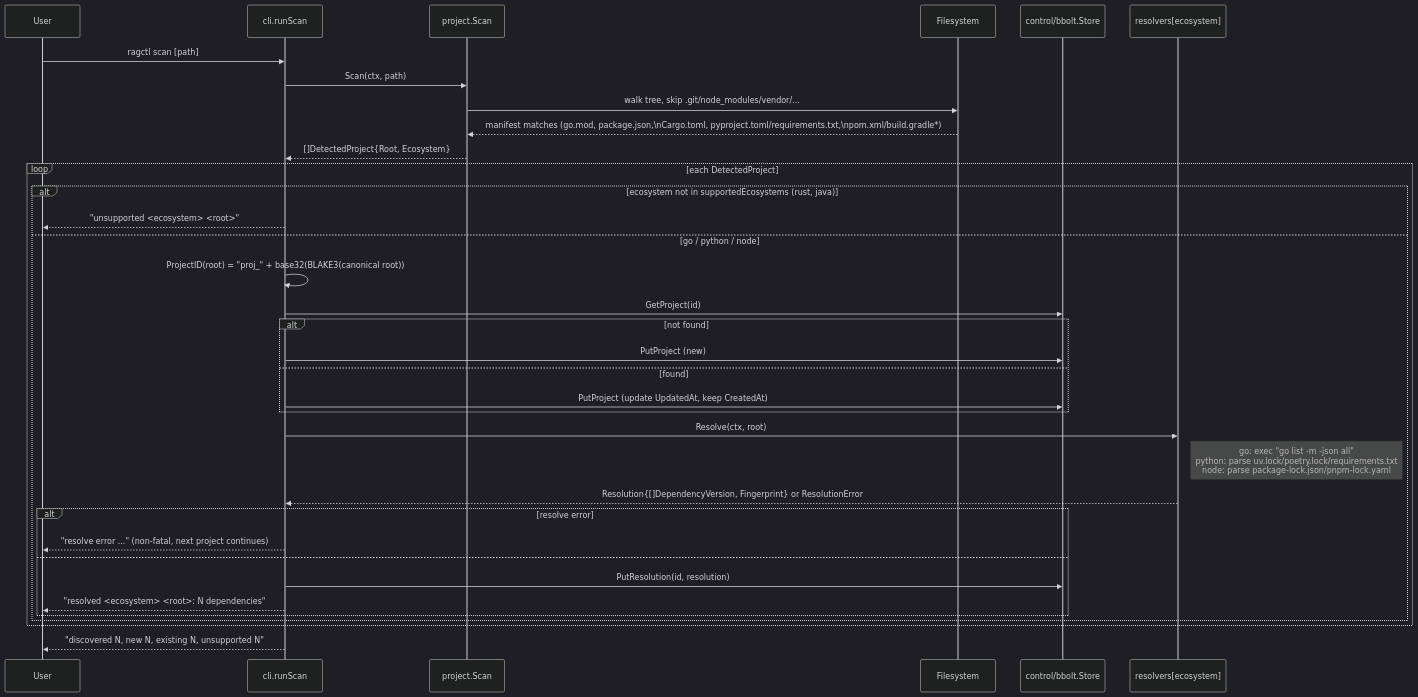
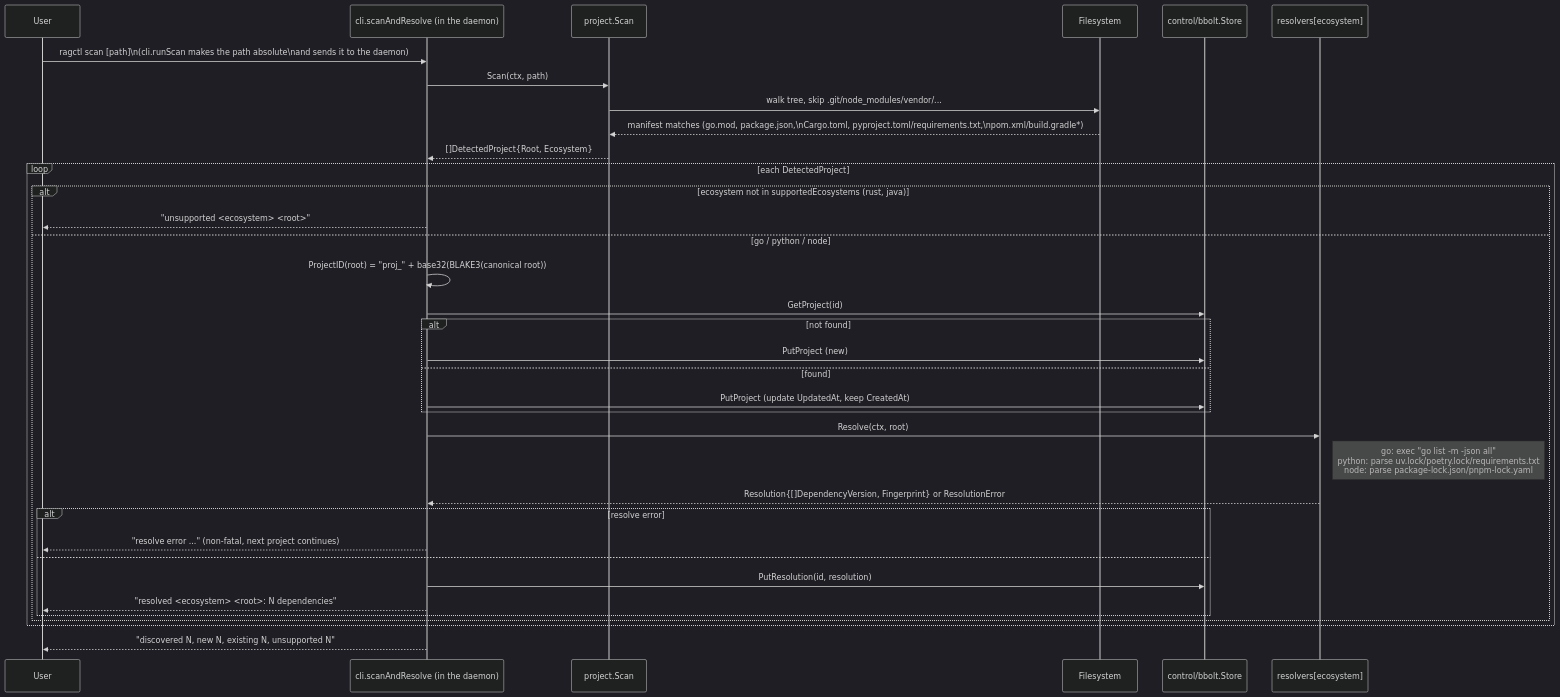
Before and after one commit to aleutian-ai/depctl: the second of 3 diagrams in docs/features/discovery-and-resolution.md, drawn with Mermaid (dark theme). The commit also changed other lines of this file and 114 other files, not shown here.

````diff
--- a/docs/features/discovery-and-resolution.md
+++ b/docs/features/discovery-and-resolution.md
@@ -30,39 +30,39 @@
 ```mermaid
 sequenceDiagram
     participant User
-    participant CLI as cli.runScan
+    participant CLI as cli.scanAndResolve (in the daemon)
     participant Scanner as project.Scan
     participant FS as Filesystem
     participant Store as control/bbolt.Store
     participant Resolver as resolvers[ecosystem]
 
-    User->>CLI: ragctl scan [path]
+    User->>CLI: ragctl scan [path]\n(cli.runScan makes the path absolute\nand sends it to the daemon)
     CLI->>Scanner: Scan(ctx, path)
     Scanner->>FS: walk tree, skip .git/node_modules/vendor/...
     FS-->>Scanner: manifest matches (go.mod, package.json,\nCargo.toml, pyproject.toml/requirements.txt,\npom.xml/build.gradle*)
     Scanner-->>CLI: []DetectedProject{Root, Ecosystem}
 
     loop each DetectedProject
         alt ecosystem not in supportedEcosystems (rust, java)
             CLI-->>User: "unsupported <ecosystem> <root>"
         else go / python / node
             CLI->>CLI: ProjectID(root) = "proj_" + base32(BLAKE3(canonical root))
             CLI->>Store: GetProject(id)
             alt not found
                 CLI->>Store: PutProject (new)
             else found
                 CLI->>Store: PutProject (update UpdatedAt, keep CreatedAt)
             end
             CLI->>Resolver: Resolve(ctx, root)
             Note right of Resolver: go: exec "go list -m -json all"<br/>python: parse uv.lock/poetry.lock/requirements.txt<br/>node: parse package-lock.json/pnpm-lock.yaml
             Resolver-->>CLI: Resolution{[]DependencyVersion, Fingerprint} or ResolutionError
             alt resolve error
                 CLI-->>User: "resolve error ..." (non-fatal, next project continues)
             else
                 CLI->>Store: PutResolution(id, resolution)
                 CLI-->>User: "resolved <ecosystem> <root>: N dependencies"
             end
         end
     end
     CLI-->>User: "discovered N, new N, existing N, unsupported N"
 ```
````
